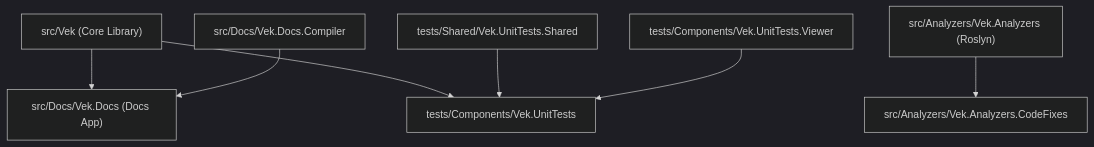
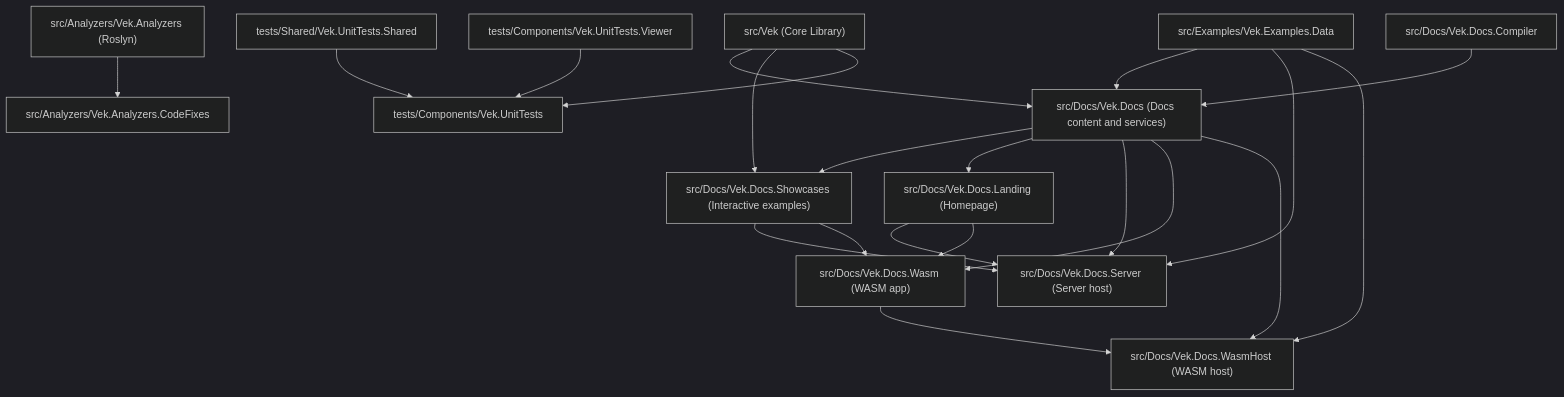
Before and after one commit to madiseh/Vek: the diagram in docs/governance/architecture.md, drawn with Mermaid (dark theme). The commit also changed other lines of this file and 92 other files, not shown here.

````diff
--- a/docs/governance/architecture.md
+++ b/docs/governance/architecture.md
@@ -51,18 +55,38 @@
 ```mermaid
 graph TD
     Vek["src/Vek (Core Library)"]
     VekAnalyzers["src/Analyzers/Vek.Analyzers (Roslyn)"]
     VekCodeFixes["src/Analyzers/Vek.Analyzers.CodeFixes"]
-    VekDocs["src/Docs/Vek.Docs (Docs App)"]
+    VekDocs["src/Docs/Vek.Docs (Docs content and services)"]
+    VekDocsLanding["src/Docs/Vek.Docs.Landing (Homepage)"]
+    VekDocsShowcases["src/Docs/Vek.Docs.Showcases (Interactive examples)"]
+    VekDocsServer["src/Docs/Vek.Docs.Server (Server host)"]
+    VekDocsWasm["src/Docs/Vek.Docs.Wasm (WASM app)"]
+    VekDocsWasmHost["src/Docs/Vek.Docs.WasmHost (WASM host)"]
+    VekExamplesData["src/Examples/Vek.Examples.Data"]
     VekCompiler["src/Docs/Vek.Docs.Compiler"]
     VekUnitTests["tests/Components/Vek.UnitTests"]
     VekViewer["tests/Components/Vek.UnitTests.Viewer"]
     VekShared["tests/Shared/Vek.UnitTests.Shared"]
 
     VekAnalyzers --> VekCodeFixes
     Vek --> VekDocs
+    Vek --> VekDocsShowcases
+    VekDocs --> VekDocsShowcases
+    VekDocs --> VekDocsLanding
+    VekDocs --> VekDocsServer
+    VekDocs --> VekDocsWasm
+    VekDocs --> VekDocsWasmHost
+    VekDocsShowcases --> VekDocsServer
+    VekDocsShowcases --> VekDocsWasm
+    VekDocsLanding --> VekDocsServer
+    VekDocsLanding --> VekDocsWasm
+    VekDocsWasm --> VekDocsWasmHost
     VekCompiler --> VekDocs
+    VekExamplesData --> VekDocs
+    VekExamplesData --> VekDocsServer
+    VekExamplesData --> VekDocsWasmHost
     Vek --> VekUnitTests
     VekShared --> VekUnitTests
     VekViewer --> VekUnitTests
 ```
````
